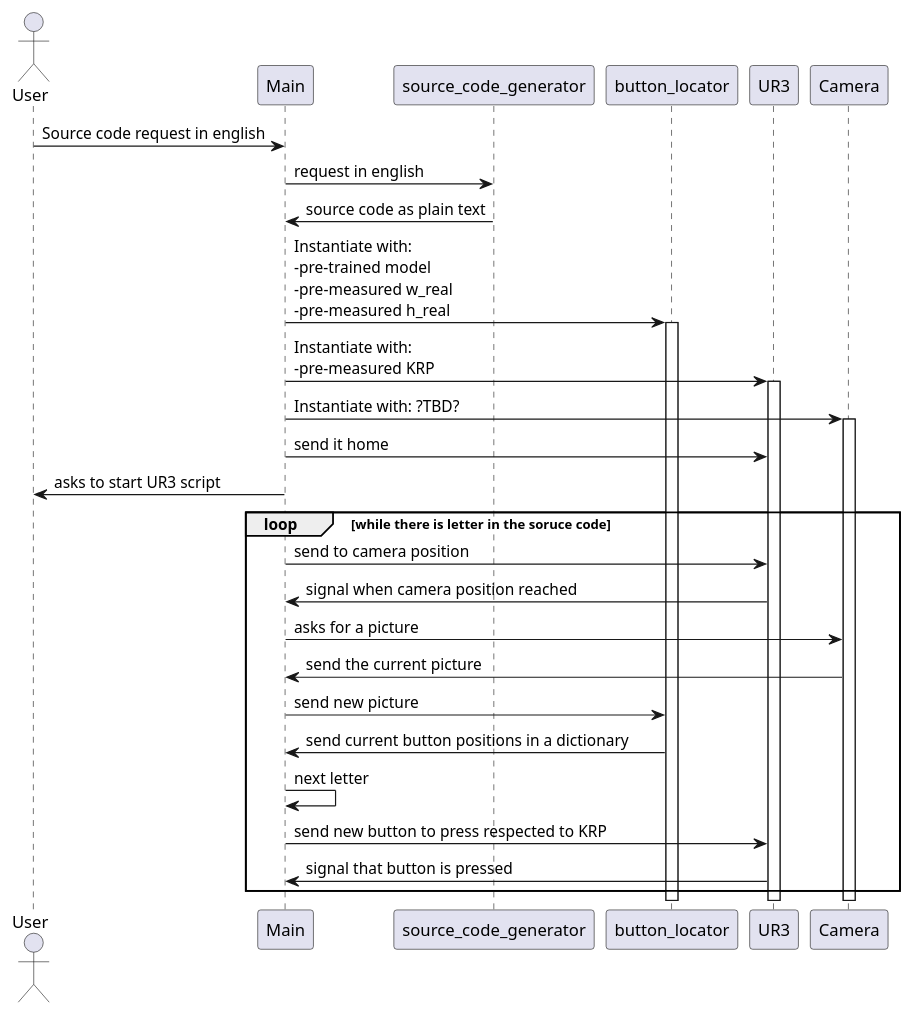
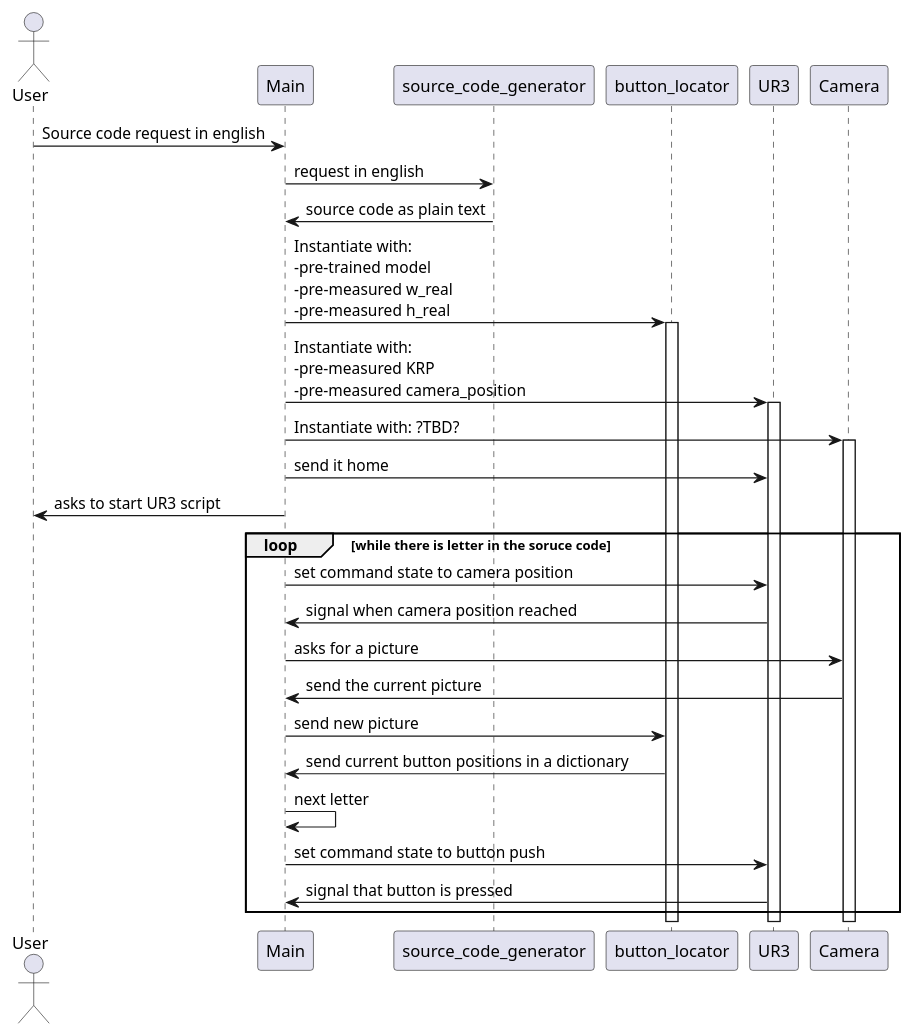
Before and after one commit to nalfod/RoboRevo: the diagram in UMLs/main_sequence_diagram.plantuml, drawn with PlantUML. The commit also changed 2 other files, not shown here.

```diff
--- a/UMLs/main_sequence_diagram.plantuml
+++ b/UMLs/main_sequence_diagram.plantuml
@@ -1,49 +1,49 @@
 @startuml
 
 actor User as user
 participant Main as main
 participant source_code_generator as coder
 participant button_locator as yolo
 participant UR3 as ur3
 participant Camera as camera
 
 
 
 
 user -> main: Source code request in english
 main -> coder: request in english
 coder -> main: source code as plain text
 
 main -> yolo: Instantiate with:\n-pre-trained model\n-pre-measured w_real\n-pre-measured h_real
 activate yolo
 
-main -> ur3: Instantiate with:\n-pre-measured KRP
+main -> ur3: Instantiate with:\n-pre-measured KRP\n-pre-measured camera_position
 activate ur3
 
 main -> camera: Instantiate with: ?TBD?
 activate camera
 
 main -> ur3: send it home
 main -> user: asks to start UR3 script
 
 
 'From now on, it is a loop
 loop while there is letter in the soruce code
-    main -> ur3: send to camera position
+    main -> ur3: set command state to camera position
     ur3 -> main: signal when camera position reached
 
     main -> camera: asks for a picture
     camera -> main: send the current picture
 
     main -> yolo: send new picture
     yolo -> main: send current button positions in a dictionary
 
     main -> main: next letter
 
-    main -> ur3: send new button to press respected to KRP
+    main -> ur3: set command state to button push
     ur3 -> main: signal that button is pressed
 end
 
 
 
 @enduml
```
